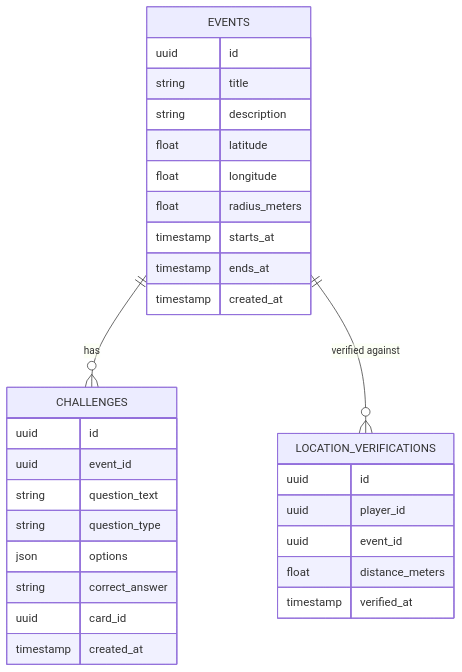
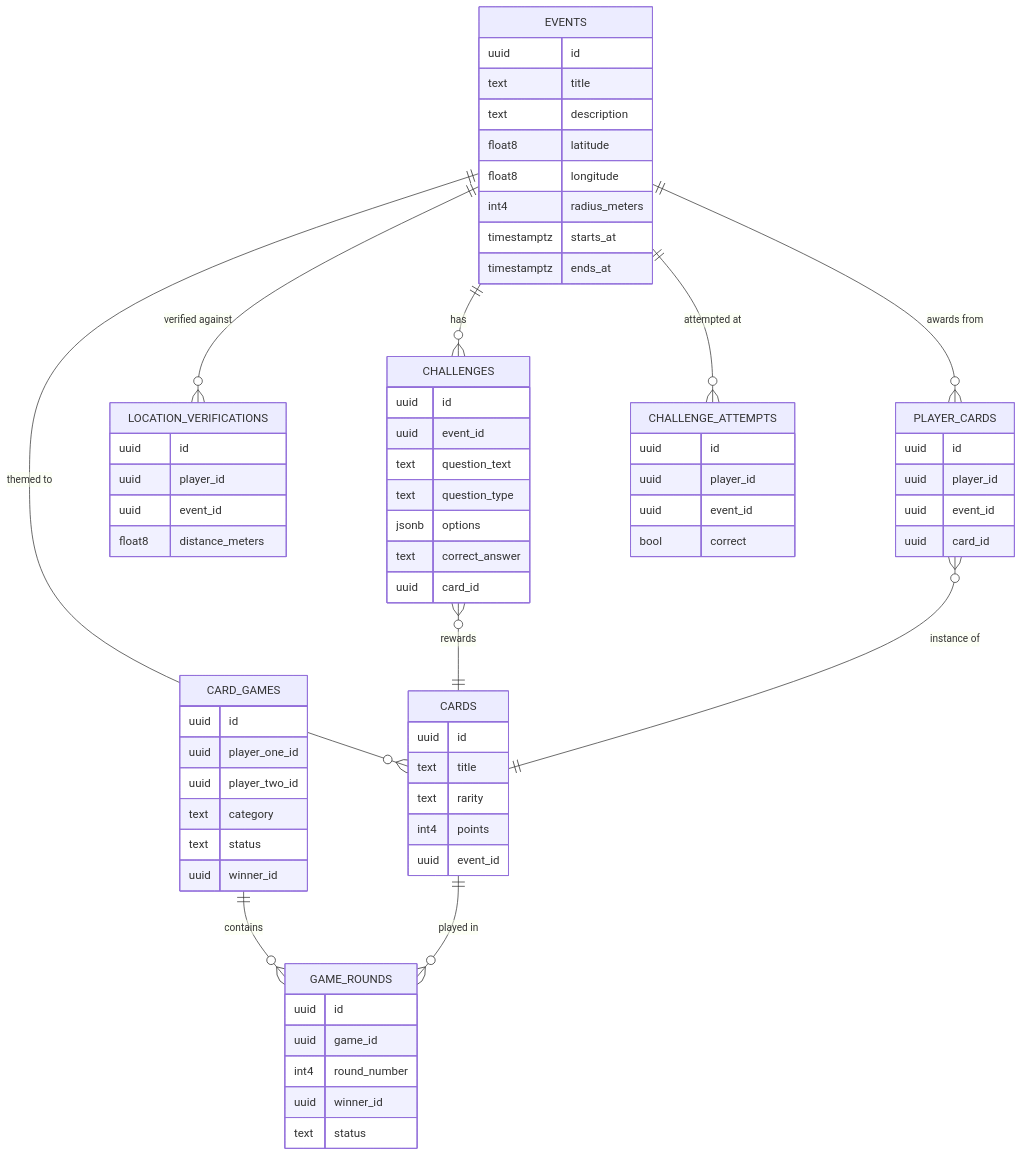
The fourth of 5 diagrams in docs/Design/system-design.md (AnovuyoJ/WitsQuest), drawn with Mermaid before and after one commit. The commit also changed other lines of this file, not shown here.

Commit message:
docs: Enhance system design documentation with detailed database schema and row-level security policies

````diff
--- a/docs/Design/system-design.md
+++ b/docs/Design/system-design.md
@@ -335,36 +438,72 @@
 ```mermaid
 erDiagram
     EVENTS ||--o{ CHALLENGES : "has"
     EVENTS ||--o{ LOCATION_VERIFICATIONS : "verified against"
+    EVENTS ||--o{ PLAYER_CARDS : "awards from"
+    EVENTS ||--o{ CHALLENGE_ATTEMPTS : "attempted at"
+    EVENTS ||--o{ CARDS : "themed to"
+    CHALLENGES }o--|| CARDS : "rewards"
+    PLAYER_CARDS }o--|| CARDS : "instance of"
+    CARD_GAMES ||--o{ GAME_ROUNDS : "contains"
+    CARDS ||--o{ GAME_ROUNDS : "played in"
 
     EVENTS {
         uuid id
-        string title
-        string description
-        float latitude
-        float longitude
-        float radius_meters
-        timestamp starts_at
-        timestamp ends_at
-        timestamp created_at
+        text title
+        text description
+        float8 latitude
+        float8 longitude
+        int4 radius_meters
+        timestamptz starts_at
+        timestamptz ends_at
     }
-
     CHALLENGES {
         uuid id
         uuid event_id
-        string question_text
-        string question_type
-        json options
-        string correct_answer
+        text question_text
+        text question_type
+        jsonb options
+        text correct_answer
         uuid card_id
-        timestamp created_at
     }
-
     LOCATION_VERIFICATIONS {
         uuid id
         uuid player_id
         uuid event_id
-        float distance_meters
-        timestamp verified_at
+        float8 distance_meters
+    }
+    CARDS {
+        uuid id
+        text title
+        text rarity
+        int4 points
+        uuid event_id
+    }
+    PLAYER_CARDS {
+        uuid id
+        uuid player_id
+        uuid event_id
+        uuid card_id
+    }
+    CHALLENGE_ATTEMPTS {
+        uuid id
+        uuid player_id
+        uuid event_id
+        bool correct
+    }
+    CARD_GAMES {
+        uuid id
+        uuid player_one_id
+        uuid player_two_id
+        text category
+        text status
+        uuid winner_id
+    }
+    GAME_ROUNDS {
+        uuid id
+        uuid game_id
+        int4 round_number
+        uuid winner_id
+        text status
     }
 ```
````
